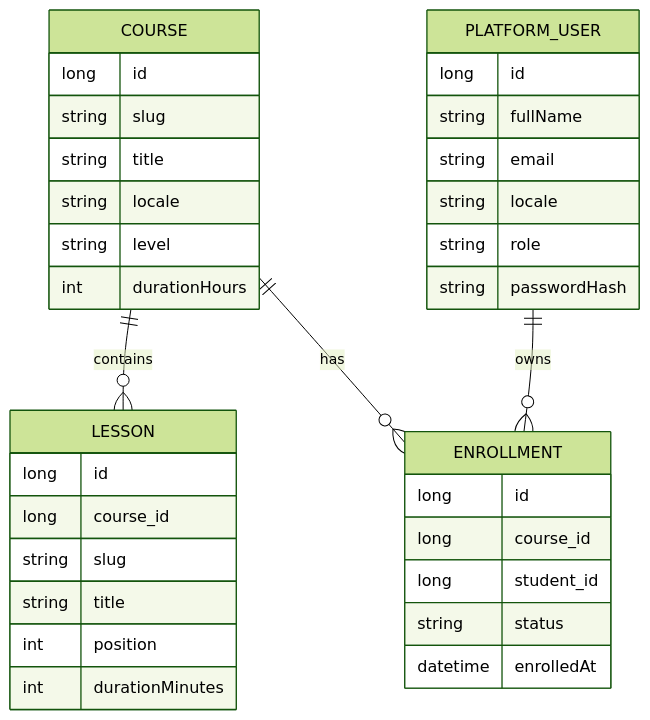
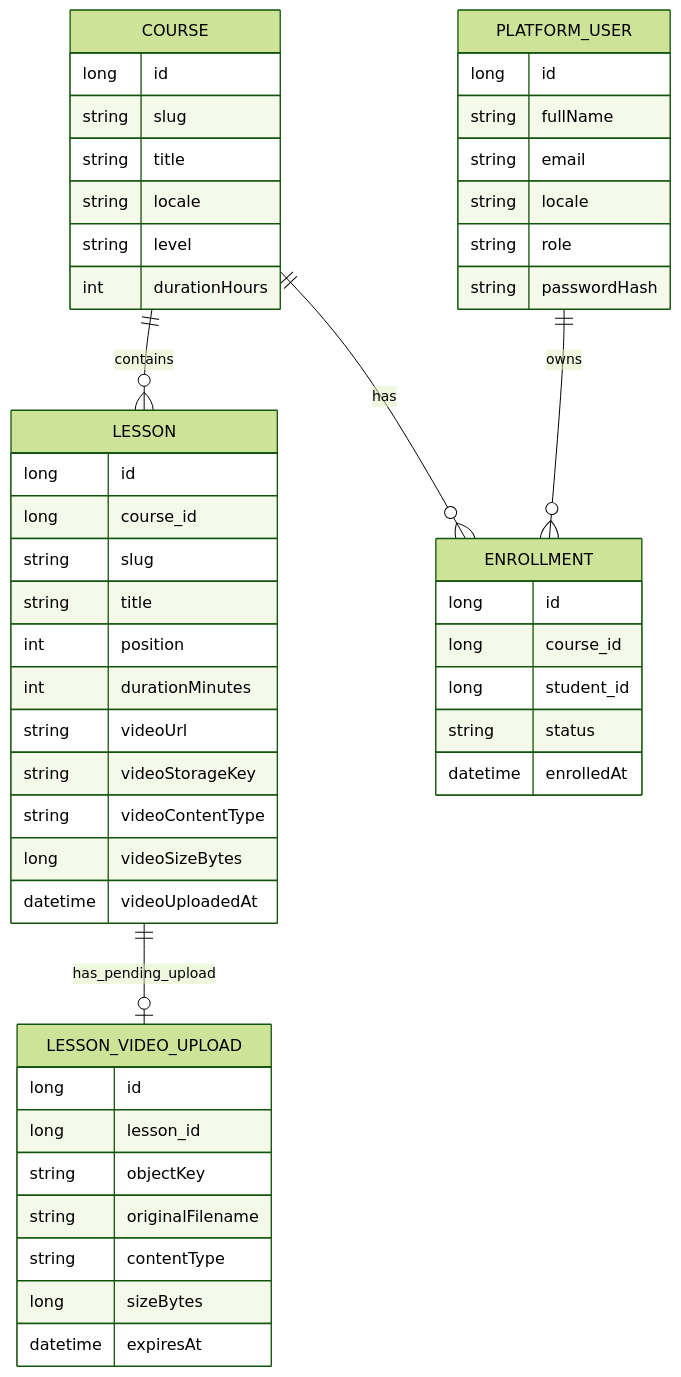
The second of 2 diagrams in docs/PROJECT_BLUEPRINT.md (askhat06/OrdaSkills), drawn with Mermaid (forest theme) before and after one commit. The commit also changed other lines of this file and 1 other file, not shown here.

````diff
--- a/docs/PROJECT_BLUEPRINT.md
+++ b/docs/PROJECT_BLUEPRINT.md
@@ -72,41 +99,57 @@
 ```mermaid
 erDiagram
     COURSE ||--o{ LESSON : contains
     COURSE ||--o{ ENROLLMENT : has
     PLATFORM_USER ||--o{ ENROLLMENT : owns
+    LESSON ||--o| LESSON_VIDEO_UPLOAD : has_pending_upload
 
     COURSE {
         long id
         string slug
         string title
         string locale
         string level
         int durationHours
     }
 
     LESSON {
         long id
         long course_id
         string slug
         string title
         int position
         int durationMinutes
+        string videoUrl
+        string videoStorageKey
+        string videoContentType
+        long videoSizeBytes
+        datetime videoUploadedAt
     }
 
     PLATFORM_USER {
         long id
         string fullName
         string email
         string locale
         string role
         string passwordHash
     }
 
     ENROLLMENT {
         long id
         long course_id
         long student_id
         string status
         datetime enrolledAt
     }
+
+    LESSON_VIDEO_UPLOAD {
+        long id
+        long lesson_id
+        string objectKey
+        string originalFilename
+        string contentType
+        long sizeBytes
+        datetime expiresAt
+    }
 ```
````
